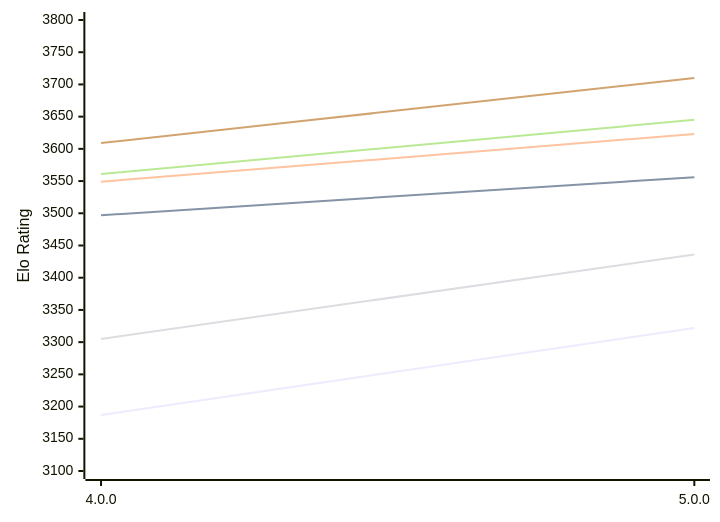
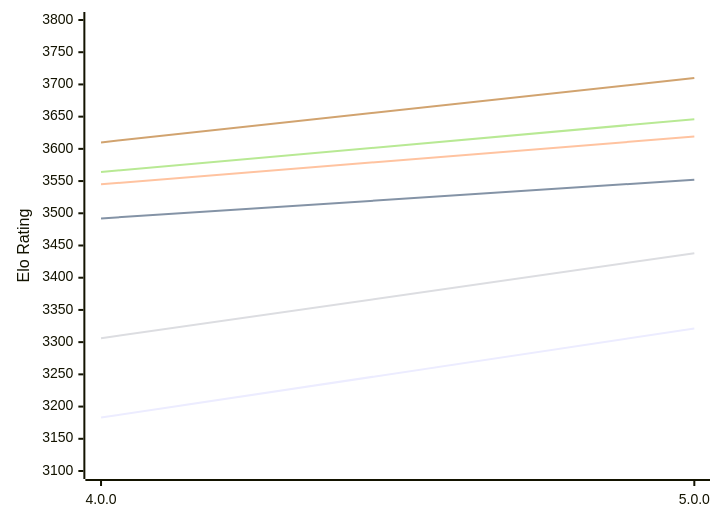
The first of 2 diagrams in engines/Avalanche.md (computer-chess-index/cci), drawn with Mermaid before and after one commit. The commit also changed other lines of this file, not shown here.

Commit message:
Update CCI Ratings (ELO VLTC) - 2026-11-09

````diff
--- a/engines/Avalanche.md
+++ b/engines/Avalanche.md
@@ -50,12 +50,12 @@
 ```mermaid
 %%{init: {"theme":"base","themeVariables":{"seriesColors:['#a3a3a3','#222221','#faa371']}}}%%
 xychart-beta
   x-axis ["4.0.0", "5.0.0"]
   y-axis "Elo Rating" 3100 --> 3800
-  line "E1: STC (8.0+0.08s)" [3187, 3322]
-  line "E1: LTC (60.0+0.60s)" [3497, 3556]
-  line "E1: VLTC (2m24s+1.12s)" [3549, 3623]
-  line "P1: STC (8.0+0.08s)" [3305, 3436]
-  line "P1: LTC (60.0+0.60s)" [3561, 3645]
-  line "P1: VLTC (2m24s+1.12s)" [3609, 3710]
+  line "E1: STC (8.0+0.08s)" [3183, 3321]
+  line "E1: LTC (60.0+0.60s)" [3492, 3552]
+  line "E1: VLTC (2m24s+1.12s)" [3545, 3619]
+  line "P1: STC (8.0+0.08s)" [3306, 3438]
+  line "P1: LTC (60.0+0.60s)" [3564, 3646]
+  line "P1: VLTC (2m24s+1.12s)" [3610, 3710]
 ```
````
